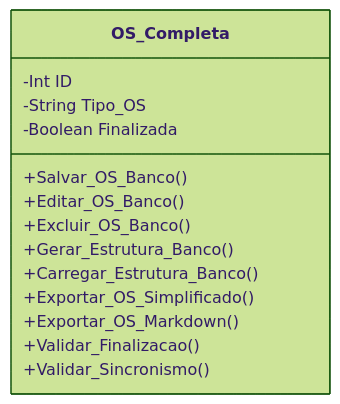
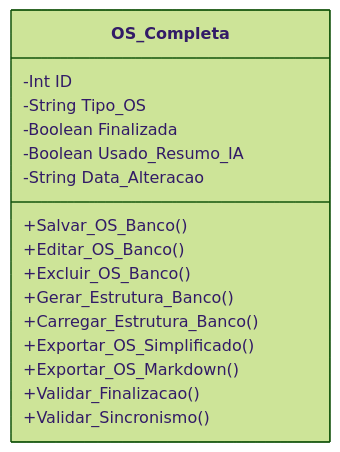
One commit to ETECC-Telecom/ValtObsidian-Script-Moto changed the diagram in DOCUMENTOS/Classe - Ordem de Serviço Completa.md. Above: the diagram before and after it, drawn with Mermaid (forest theme). The commit also changed other lines of this file and 7 other files, not shown here.

````diff
--- a/DOCUMENTOS/Classe - Ordem de Serviço Completa.md
+++ b/DOCUMENTOS/Classe - Ordem de Serviço Completa.md
@@ -23,18 +26,20 @@
 ```mermaid
 classDiagram
     class OS_Completa{
-      -Int ID
-      -String Tipo_OS
-      -Boolean Finalizada
+		-Int ID
+		-String Tipo_OS
+		-Boolean Finalizada
+		-Boolean Usado_Resumo_IA
+		-String Data_Alteracao
       
-      +Salvar_OS_Banco()
-	  +Editar_OS_Banco()
-	  +Excluir_OS_Banco()
-	  +Gerar_Estrutura_Banco()
-	  +Carregar_Estrutura_Banco()
-	  +Exportar_OS_Simplificado()
-	  +Exportar_OS_Markdown()
-	  +Validar_Finalizacao()
-	  +Validar_Sincronismo()
+	    +Salvar_OS_Banco()
+		+Editar_OS_Banco()
+		+Excluir_OS_Banco()
+		+Gerar_Estrutura_Banco()
+		+Carregar_Estrutura_Banco()
+		+Exportar_OS_Simplificado()
+		+Exportar_OS_Markdown()
+		+Validar_Finalizacao()
+		+Validar_Sincronismo()
     }
 ```
````
